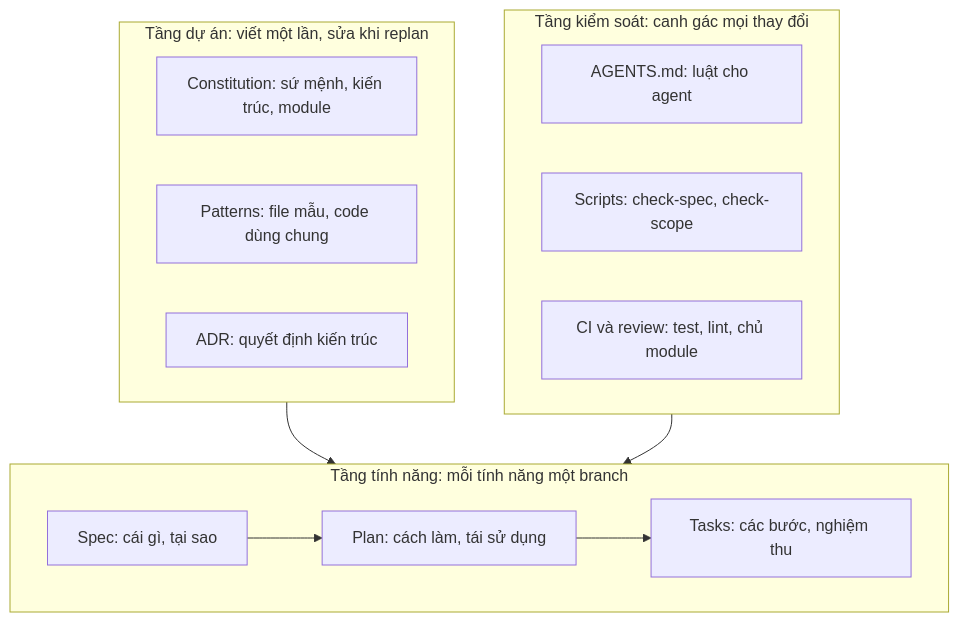
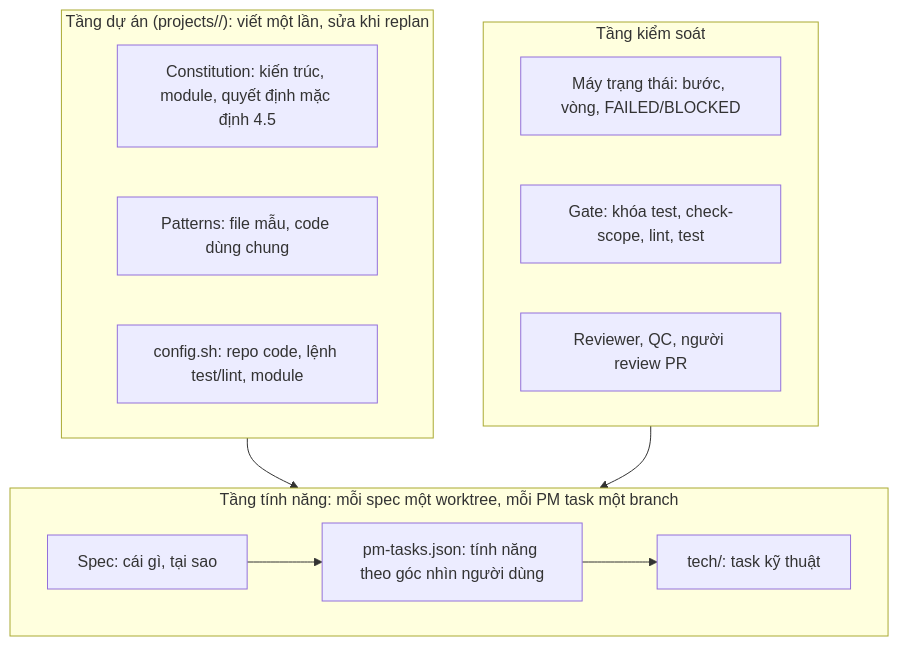
The first of 2 diagrams in docs/model.md (kaii193/sdd-kit), drawn with Mermaid before and after one commit. The commit also changed other lines of this file and 11 other files, not shown here.

First line of the commit message:
feat(sdd)!: drop plan and tasks from the spec workflow

````diff
--- a/docs/model.md
+++ b/docs/model.md
@@ -5,18 +5,18 @@
 ```mermaid
 flowchart TB
-  subgraph P["Tầng dự án: viết một lần, sửa khi replan"]
-    C["Constitution: sứ mệnh, kiến trúc, module"]
+  subgraph P["Tầng dự án (projects/<dự-án>/): viết một lần, sửa khi replan"]
+    C["Constitution: kiến trúc, module, quyết định mặc định 4.5"]
     PT["Patterns: file mẫu, code dùng chung"]
-    A["ADR: quyết định kiến trúc"]
+    CFG["config.sh: repo code, lệnh test/lint, module"]
   end
-  subgraph F["Tầng tính năng: mỗi tính năng một branch"]
-    S["Spec: cái gì, tại sao"] --> PL["Plan: cách làm, tái sử dụng"] --> T["Tasks: các bước, nghiệm thu"]
+  subgraph F["Tầng tính năng: mỗi spec một worktree, mỗi PM task một branch"]
+    S["Spec: cái gì, tại sao"] --> PM["pm-tasks.json: tính năng theo góc nhìn người dùng"] --> TT["tech/: task kỹ thuật"]
   end
-  subgraph K["Tầng kiểm soát: canh gác mọi thay đổi"]
-    AG["AGENTS.md: luật cho agent"]
-    SC["Scripts: check-spec, check-scope"]
-    CI["CI và review: test, lint, chủ module"]
+  subgraph K["Tầng kiểm soát"]
+    SM["Máy trạng thái: bước, vòng, FAILED/BLOCKED"]
+    G["Gate: khóa test, check-scope, lint, test"]
+    R["Reviewer, QC, người review PR"]
   end
   P --> F
   K --> F
 ```
````
